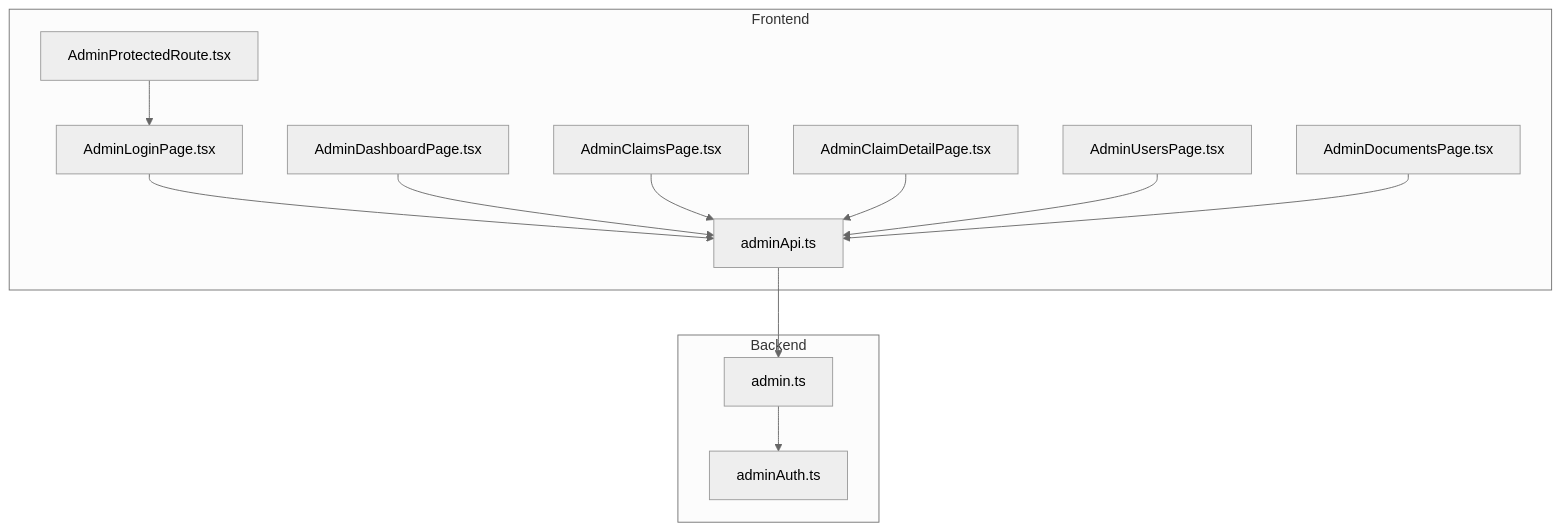
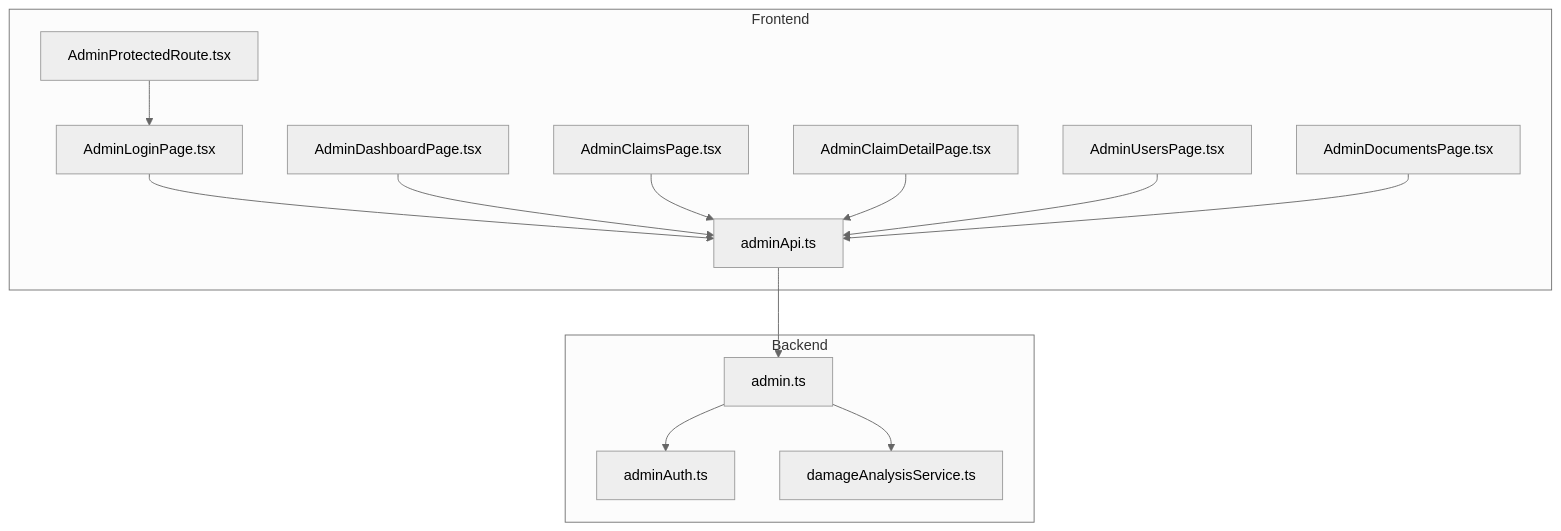
Before and after one commit to NaveenHiranya/Smart-Vehicle-Insurance-Claim-System: the first of 9 diagrams in .qoder/repowiki/en/content/Frontend Documentation/Pages and Views/Admin Pages/Admin Pages.md, drawn with Mermaid (neutral theme). The commit also changed other lines of this file and 38 other files, not shown here.

````diff
--- a/.qoder/repowiki/en/content/Frontend Documentation/Pages and Views/Admin Pages/Admin Pages.md
+++ b/.qoder/repowiki/en/content/Frontend Documentation/Pages and Views/Admin Pages/Admin Pages.md
@@ -42,26 +43,28 @@
 ```mermaid
 graph TB
 subgraph "Frontend"
 A["AdminLoginPage.tsx"]
 B["AdminDashboardPage.tsx"]
 C["AdminClaimsPage.tsx"]
 D["AdminClaimDetailPage.tsx"]
 E["AdminUsersPage.tsx"]
 F["AdminDocumentsPage.tsx"]
 G["adminApi.ts"]
 H["AdminProtectedRoute.tsx"]
 end
 subgraph "Backend"
 I["admin.ts"]
 J["adminAuth.ts"]
+K["damageAnalysisService.ts"]
 end
 A --> G
 B --> G
 C --> G
 D --> G
 E --> G
 F --> G
 G --> I
 I --> J
+I --> K
 H --> A
 ```
````
